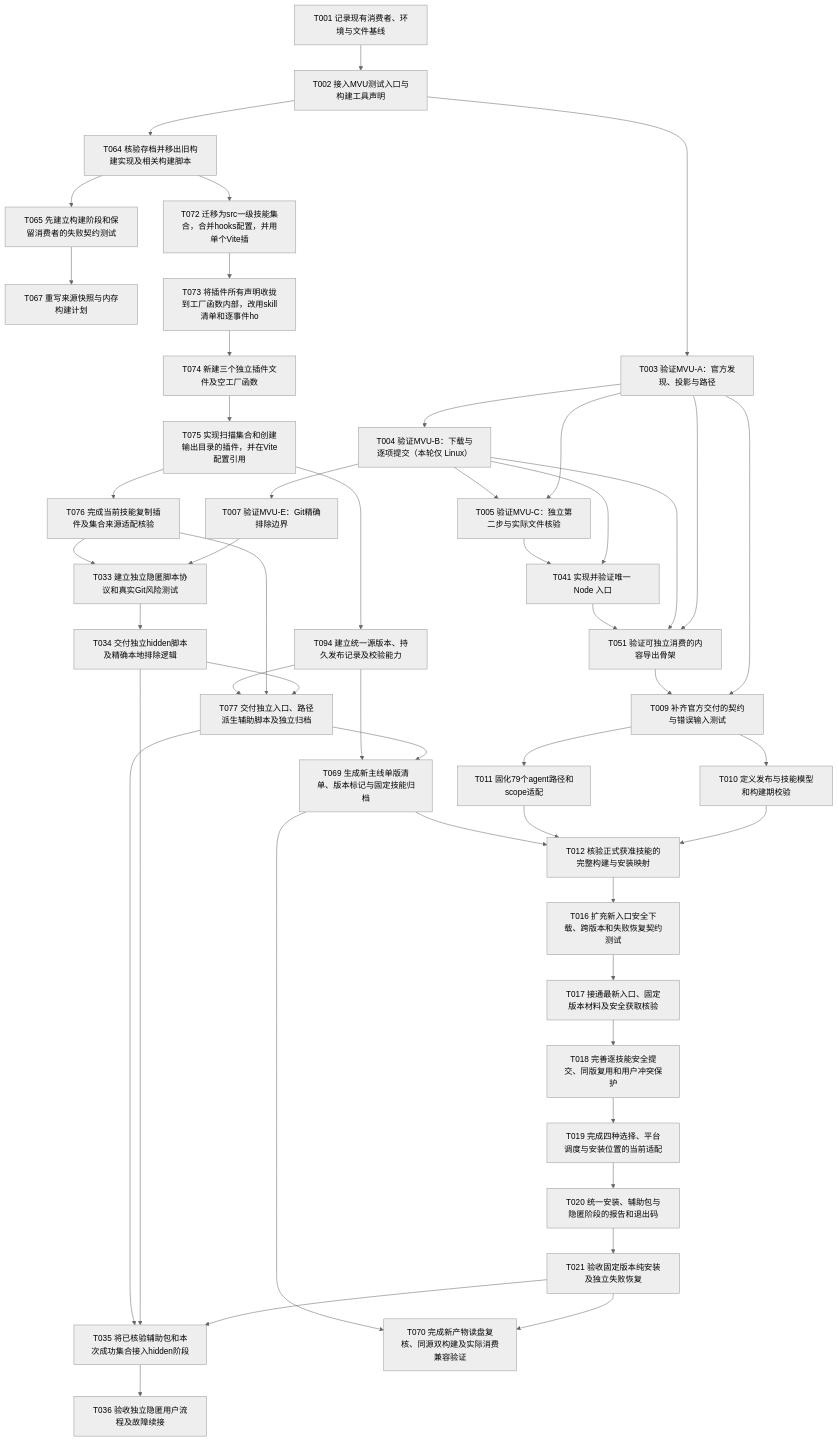
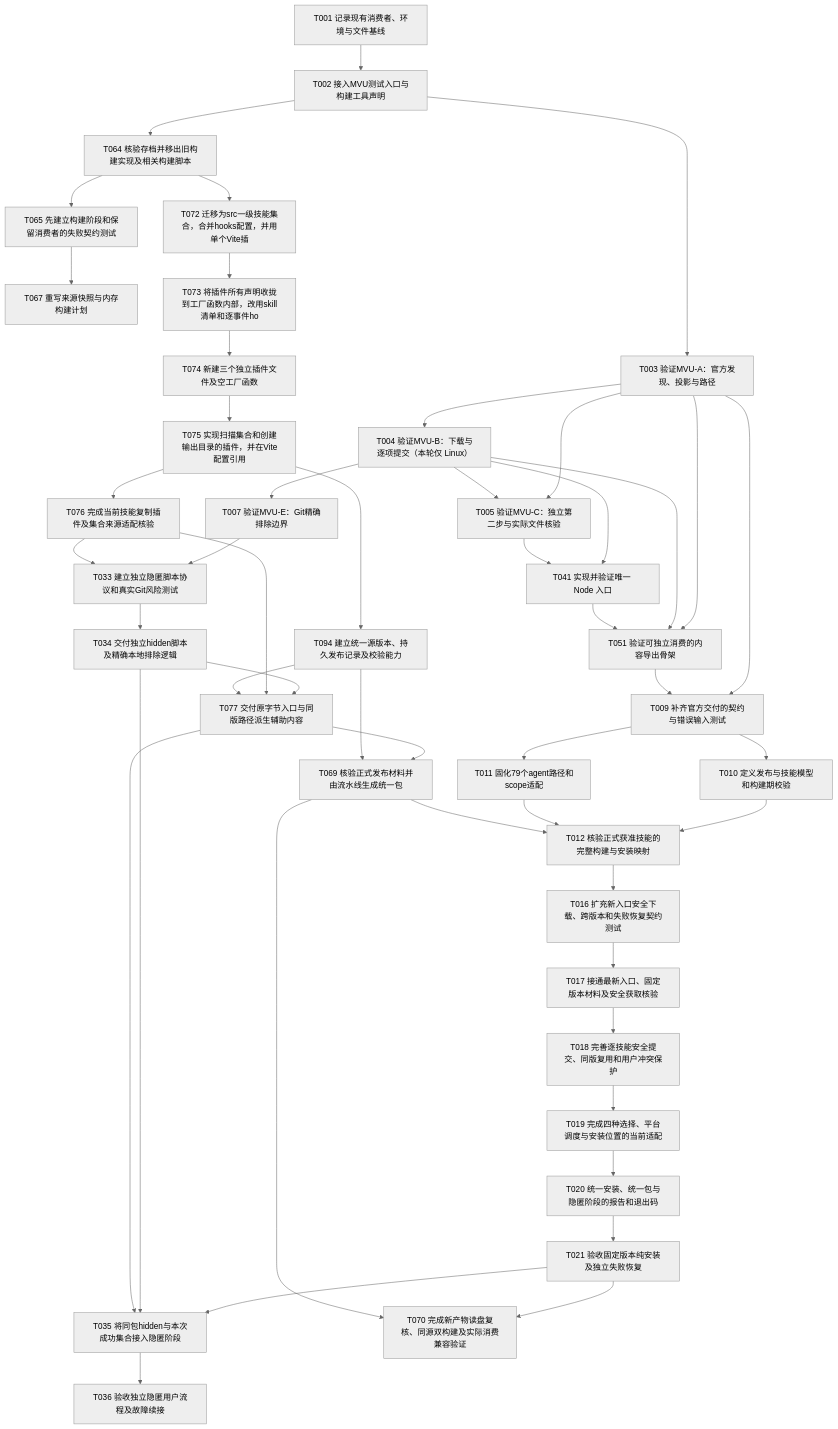
One commit to Ena-Heleneto/agent-foundry changed the first of 3 diagrams in specs/skills/001-skills-distribution/diagrams/logic-flow.md. Above: the diagram before and after it, drawn with Mermaid (neutral theme). The commit also changed other lines of this file and 52 other files, not shown here.

```diff
--- a/specs/skills/001-skills-distribution/diagrams/logic-flow.md
+++ b/specs/skills/001-skills-distribution/diagrams/logic-flow.md
@@ -22,25 +22,25 @@
     T017["T017 接通最新入口、固定版本材料及安全获取核验"]
     T018["T018 完善逐技能安全提交、同版复用和用户冲突保护"]
     T019["T019 完成四种选择、平台调度与安装位置的当前适配"]
-    T020["T020 统一安装、辅助包与隐匿阶段的报告和退出码"]
+    T020["T020 统一安装、统一包与隐匿阶段的报告和退出码"]
     T021["T021 验收固定版本纯安装及独立失败恢复"]
     T033["T033 建立独立隐匿脚本协议和真实Git风险测试"]
     T034["T034 交付独立hidden脚本及精确本地排除逻辑"]
-    T035["T035 将已核验辅助包和本次成功集合接入hidden阶段"]
+    T035["T035 将同包hidden与本次成功集合接入隐匿阶段"]
     T036["T036 验收独立隐匿用户流程及故障续接"]
     T041["T041 实现并验证唯一 Node 入口"]
     T051["T051 验证可独立消费的内容导出骨架"]
     T064["T064 核验存档并移出旧构建实现及相关构建脚本"]
     T065["T065 先建立构建阶段和保留消费者的失败契约测试"]
     T067["T067 重写来源快照与内存构建计划"]
-    T069["T069 生成新主线单版清单、版本标记与固定技能归档"]
+    T069["T069 核验正式发布材料并由流水线生成统一包"]
     T070["T070 完成新产物读盘复核、同源双构建及实际消费兼容验证"]
     T072["T072 迁移为src一级技能集合，合并hooks配置，并用单个Vite插"]
     T073["T073 将插件所有声明收拢到工厂函数内部，改用skill清单和逐事件ho"]
     T074["T074 新建三个独立插件文件及空工厂函数"]
     T075["T075 实现扫描集合和创建输出目录的插件，并在Vite配置引用"]
     T076["T076 完成当前技能复制插件及集合来源适配核验"]
-    T077["T077 交付独立入口、路径派生辅助脚本及独立归档"]
+    T077["T077 交付原字节入口与同版路径派生辅助内容"]
     T094["T094 建立统一源版本、持久发布记录及校验能力"]
     T001 --> T002
     T002 --> T003
```
